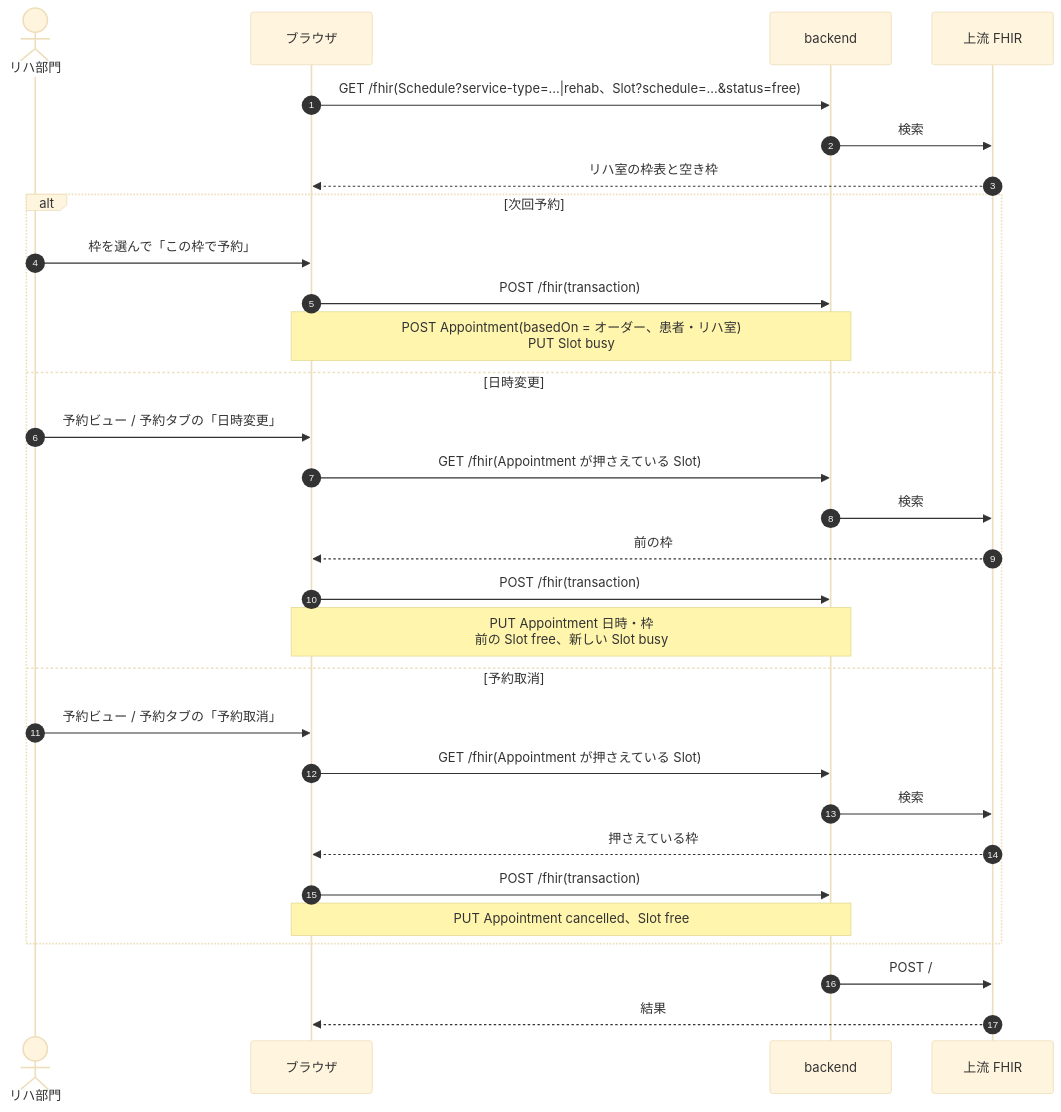
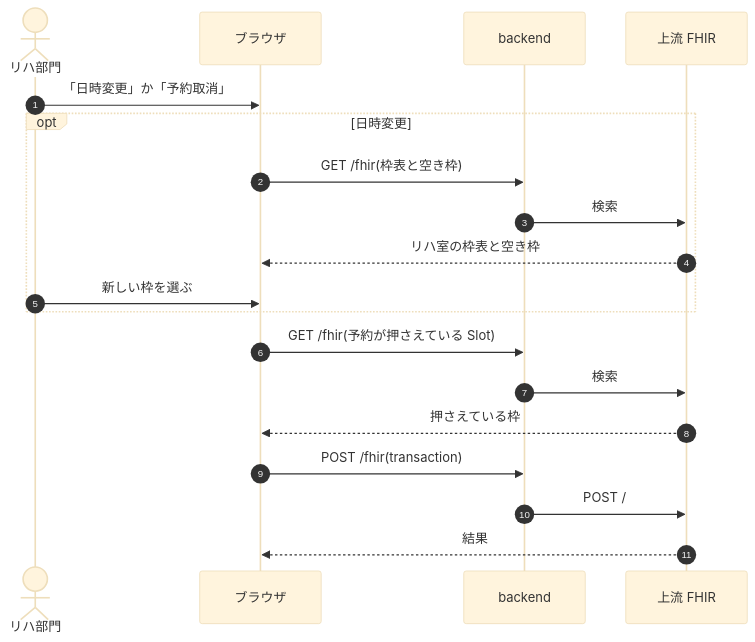
One commit to ysnr-dev/fhir-client-docs changed the seventh of 10 diagrams in docs/dev/rehab.md. Above: the diagram before and after it, drawn with Mermaid (base theme). The commit also changed other lines of this file and 43 other files, not shown here.

Commit message:
docs: 業務フローとシーケンス図を写し直し

````diff
--- a/docs/dev/rehab.md
+++ b/docs/dev/rehab.md
@@ -150,33 +278,22 @@
 ```mermaid
 sequenceDiagram
   autonumber
   actor Dept as リハ部門
   participant UI as ブラウザ
   participant BE as backend
   participant FHIR as 上流 FHIR
 
-  UI->>BE: GET /fhir(Schedule?service-type=…|rehab、Slot?schedule=…&status=free)
+  Dept->>UI: 「日時変更」か「予約取消」
+  opt 日時変更
+    UI->>BE: GET /fhir(枠表と空き枠)
+    BE->>FHIR: 検索
+    FHIR-->>UI: リハ室の枠表と空き枠
+    Dept->>UI: 新しい枠を選ぶ
+  end
+  UI->>BE: GET /fhir(予約が押さえている Slot)
   BE->>FHIR: 検索
-  FHIR-->>UI: リハ室の枠表と空き枠
-  alt 次回予約
-    Dept->>UI: 枠を選んで「この枠で予約」
-    UI->>BE: POST /fhir(transaction)
-    Note over UI,BE: POST Appointment(basedOn = オーダー、患者・リハ室)<br/>PUT Slot busy
-  else 日時変更
-    Dept->>UI: 予約ビュー / 予約タブの「日時変更」
-    UI->>BE: GET /fhir(Appointment が押さえている Slot)
-    BE->>FHIR: 検索
-    FHIR-->>UI: 前の枠
-    UI->>BE: POST /fhir(transaction)
-    Note over UI,BE: PUT Appointment 日時・枠<br/>前の Slot free、新しい Slot busy
-  else 予約取消
-    Dept->>UI: 予約ビュー / 予約タブの「予約取消」
-    UI->>BE: GET /fhir(Appointment が押さえている Slot)
-    BE->>FHIR: 検索
-    FHIR-->>UI: 押さえている枠
-    UI->>BE: POST /fhir(transaction)
-    Note over UI,BE: PUT Appointment cancelled、Slot free
-  end
+  FHIR-->>UI: 押さえている枠
+  UI->>BE: POST /fhir(transaction)
   BE->>FHIR: POST /
   FHIR-->>UI: 結果
 ```
````
